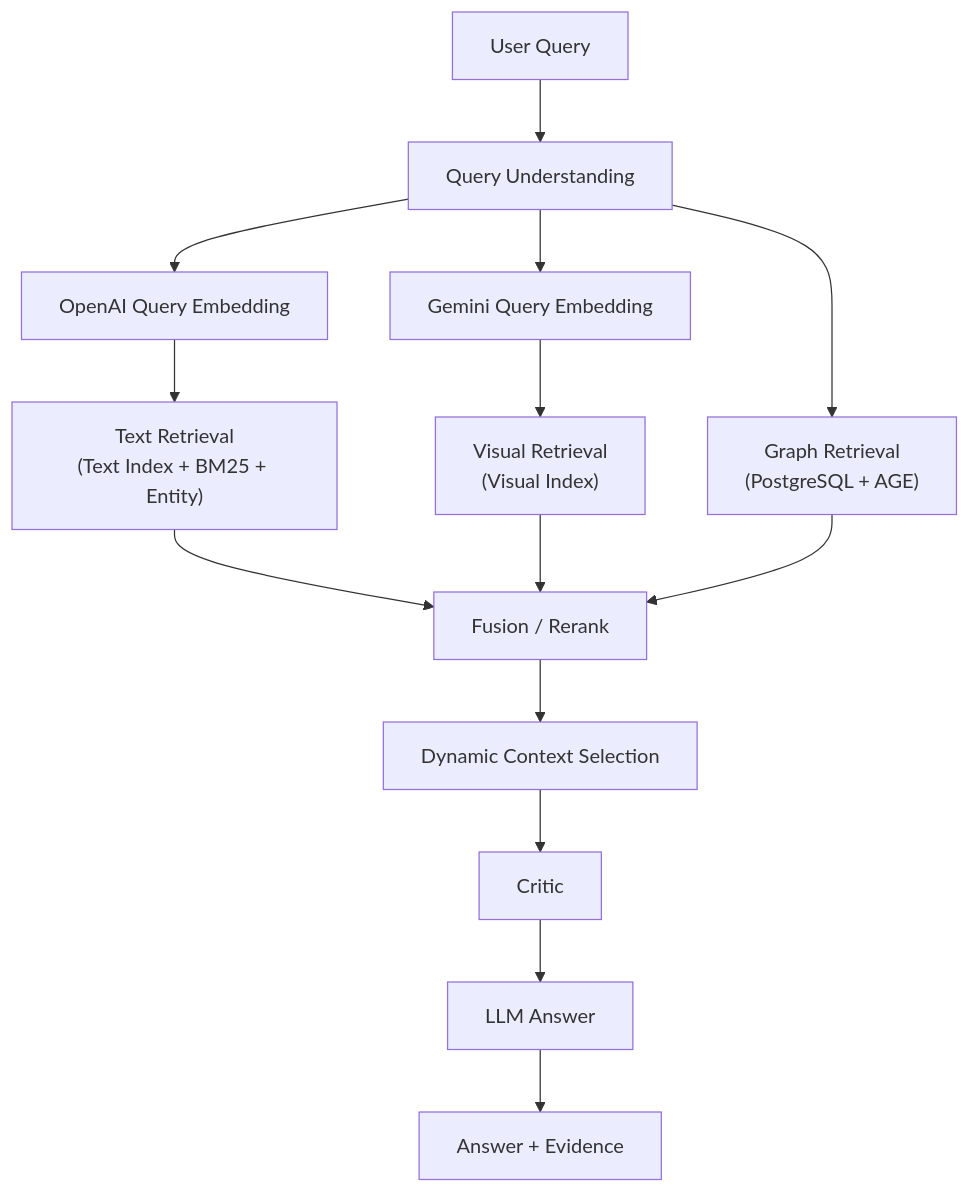
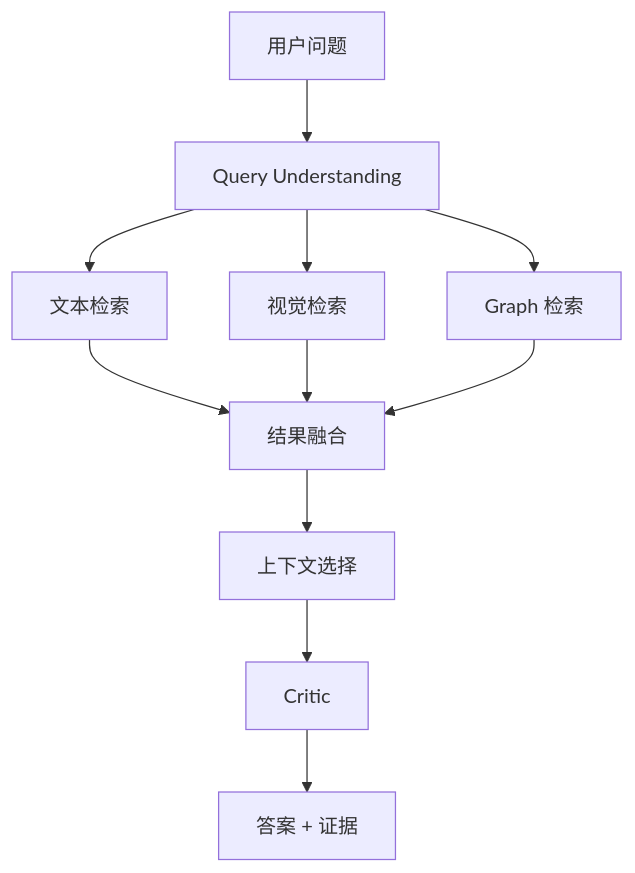
Before and after one commit to tiand23/AIKnowledgeBaseNew: the fourth of 9 diagrams in README.md, drawn with Mermaid. The commit also changed other lines of this file and 2 other files, not shown here.

````diff
--- a/README.md
+++ b/README.md
@@ -149,36 +203,23 @@
 ```mermaid
 flowchart TD
-    Q["User Query"]
+    Q["用户问题"]
     QU["Query Understanding"]
-
-    OQ["OpenAI Query Embedding"]
-    GQ["Gemini Query Embedding"]
-
-    TR["Text Retrieval\n(Text Index + BM25 + Entity)"]
-    VR["Visual Retrieval\n(Visual Index)"]
-    GR["Graph Retrieval\n(PostgreSQL + AGE)"]
-
-    FU["Fusion / Rerank"]
-    DC["Dynamic Context Selection"]
+    TR["文本检索"]
+    VR["视觉检索"]
+    GR["Graph 检索"]
+    FU["结果融合"]
+    DC["上下文选择"]
     CR["Critic"]
-    LLM2["LLM Answer"]
-    EV["Answer + Evidence"]
+    ANS["答案 + 证据"]
 
     Q --> QU
-
-    QU --> OQ
-    QU --> GQ
+    QU --> TR
+    QU --> VR
     QU --> GR
-
-    OQ --> TR
-    GQ --> VR
-
     TR --> FU
     VR --> FU
     GR --> FU
-
     FU --> DC
     DC --> CR
-    CR --> LLM2
-    LLM2 --> EV
+    CR --> ANS
 ```
````
